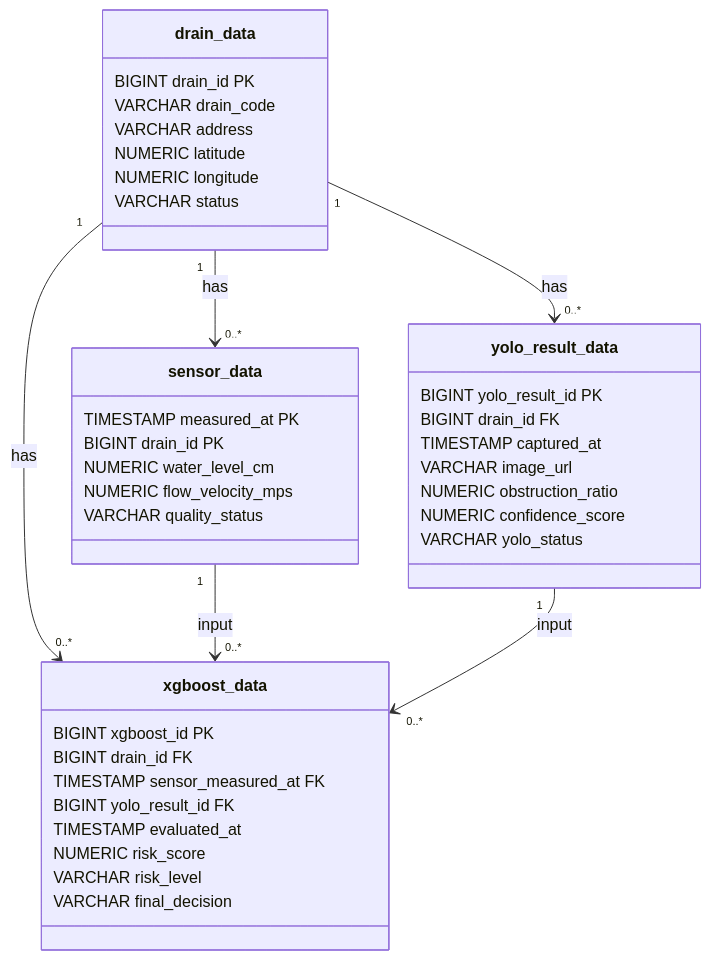
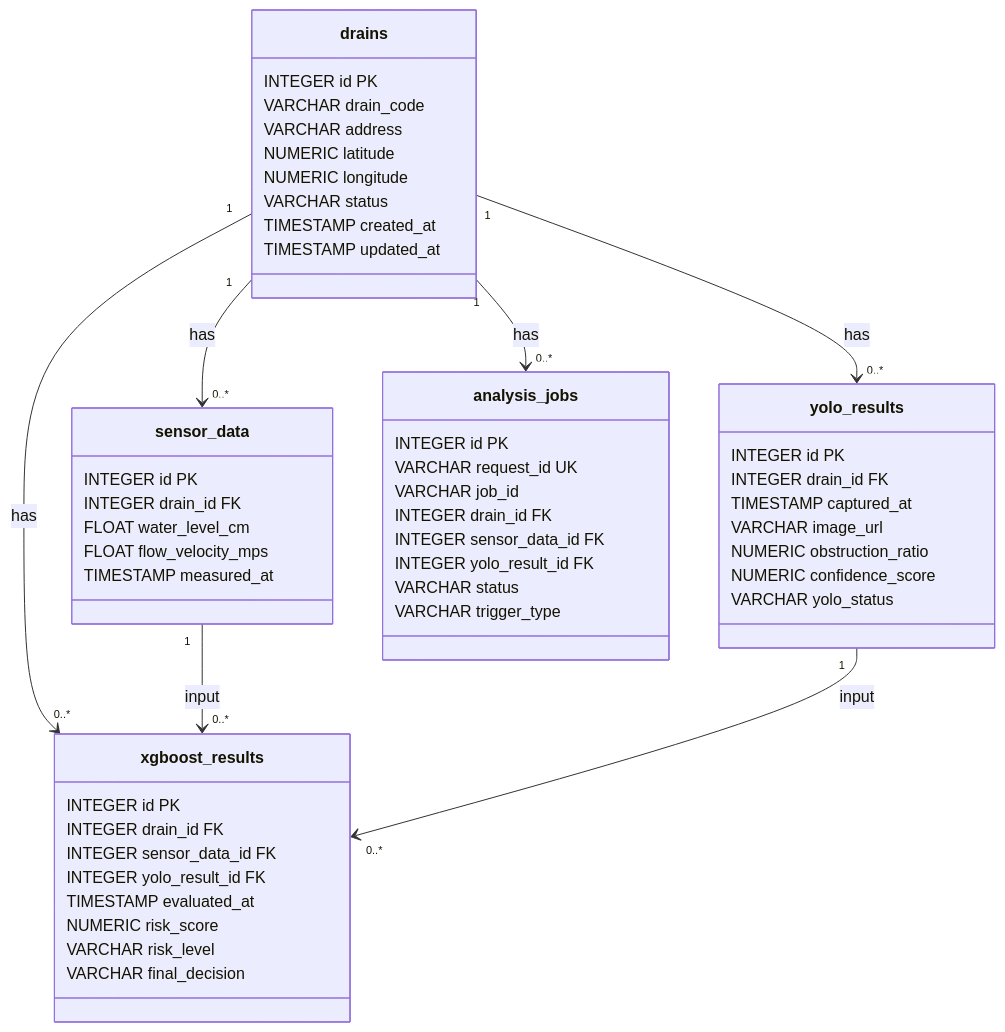
Before and after one commit to yellow-pang/smartdrain-agent-upgrade: the diagram in docs/07_ERD.md, drawn with Mermaid. The commit also changed other lines of this file and 7 other files, not shown here.

````diff
--- a/docs/07_ERD.md
+++ b/docs/07_ERD.md
@@ -24,48 +27,62 @@
 ```mermaid
 classDiagram
 direction TB
 
-class drain_data {
-    BIGINT drain_id PK
+class drains {
+    INTEGER id PK
     VARCHAR drain_code
     VARCHAR address
     NUMERIC latitude
     NUMERIC longitude
     VARCHAR status
+    TIMESTAMP created_at
+    TIMESTAMP updated_at
 }
 
 class sensor_data {
-    TIMESTAMP measured_at PK
-    BIGINT drain_id PK
-    NUMERIC water_level_cm
-    NUMERIC flow_velocity_mps
-    VARCHAR quality_status
+    INTEGER id PK
+    INTEGER drain_id FK
+    FLOAT water_level_cm
+    FLOAT flow_velocity_mps
+    TIMESTAMP measured_at
 }
 
-class yolo_result_data {
-    BIGINT yolo_result_id PK
-    BIGINT drain_id FK
+class yolo_results {
+    INTEGER id PK
+    INTEGER drain_id FK
     TIMESTAMP captured_at
     VARCHAR image_url
     NUMERIC obstruction_ratio
     NUMERIC confidence_score
     VARCHAR yolo_status
 }
 
-class xgboost_data {
-    BIGINT xgboost_id PK
-    BIGINT drain_id FK
-    TIMESTAMP sensor_measured_at FK
-    BIGINT yolo_result_id FK
+class xgboost_results {
+    INTEGER id PK
+    INTEGER drain_id FK
+    INTEGER sensor_data_id FK
+    INTEGER yolo_result_id FK
     TIMESTAMP evaluated_at
     NUMERIC risk_score
     VARCHAR risk_level
     VARCHAR final_decision
 }
 
-drain_data "1" --> "0..*" sensor_data : has
-drain_data "1" --> "0..*" yolo_result_data : has
-drain_data "1" --> "0..*" xgboost_data : has
-sensor_data "1" --> "0..*" xgboost_data : input
-yolo_result_data "1" --> "0..*" xgboost_data : input
+class analysis_jobs {
+    INTEGER id PK
+    VARCHAR request_id UK
+    VARCHAR job_id
+    INTEGER drain_id FK
+    INTEGER sensor_data_id FK
+    INTEGER yolo_result_id FK
+    VARCHAR status
+    VARCHAR trigger_type
+}
+
+drains "1" --> "0..*" sensor_data : has
+drains "1" --> "0..*" yolo_results : has
+drains "1" --> "0..*" xgboost_results : has
+sensor_data "1" --> "0..*" xgboost_results : input
+yolo_results "1" --> "0..*" xgboost_results : input
+drains "1" --> "0..*" analysis_jobs : has
 ```
````
